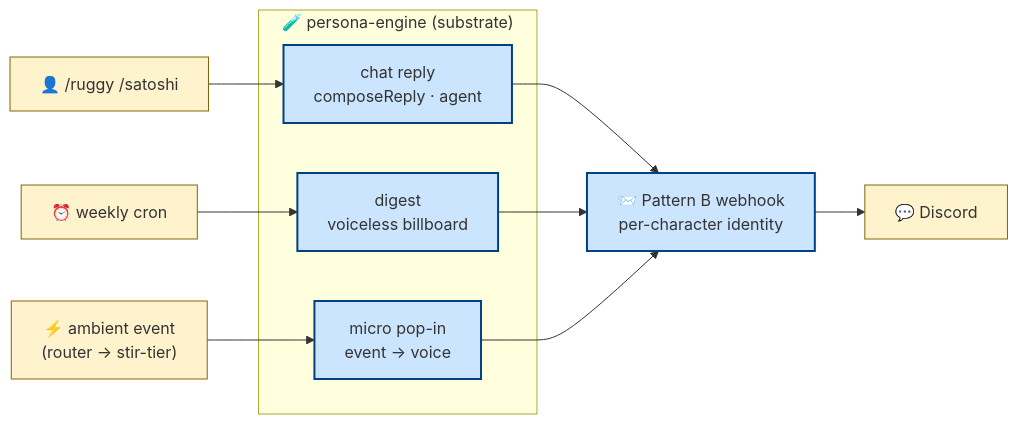
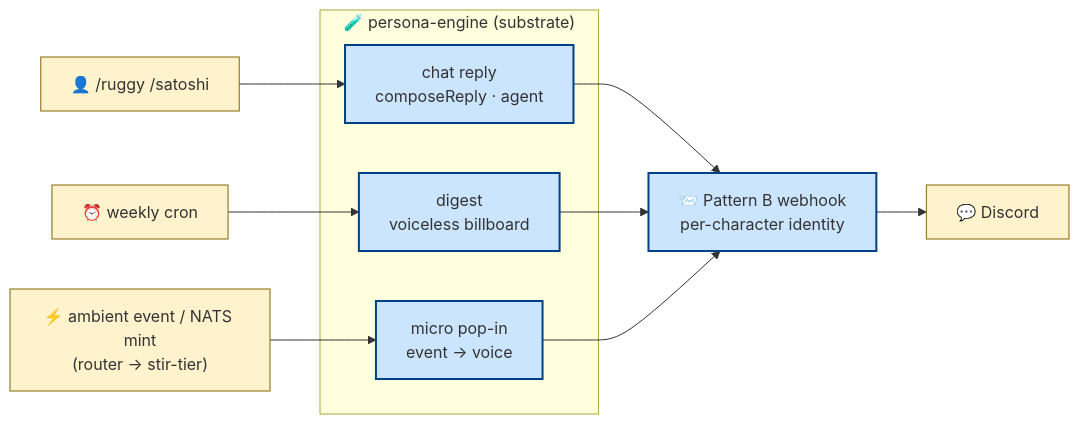
One commit to 0xHoneyJar/freeside-characters changed the first of 2 diagrams in README.md. Above: the diagram before and after it, drawn with Mermaid. The commit also changed other lines of this file and 4 other files, not shown here.

````diff
--- a/README.md
+++ b/README.md
@@ -40,22 +70,22 @@
 ```mermaid
 flowchart LR
   user["👤 /ruggy /satoshi"] --> chat
   cron["⏰ weekly cron"] --> billboard
-  event["⚡ ambient event<br/>(router → stir-tier)"] --> micro
+  event["⚡ ambient event / NATS mint<br/>(router → stir-tier)"] --> micro
 
   subgraph substrate["🧪 persona-engine (substrate)"]
     chat["chat reply<br/>composeReply · agent"]
     billboard["digest<br/>voiceless billboard"]
     micro["micro pop-in<br/>event → voice"]
   end
 
   chat --> deliver
   billboard --> deliver
   micro --> deliver
   deliver["📨 Pattern B webhook<br/>per-character identity"] --> discord["💬 Discord"]
 
   classDef sub fill:#cce5ff,stroke:#004085,stroke-width:2px
   classDef io fill:#fff3cd,stroke:#856404
   class chat,billboard,micro,deliver sub
   class user,cron,event,discord io
 ```
````
